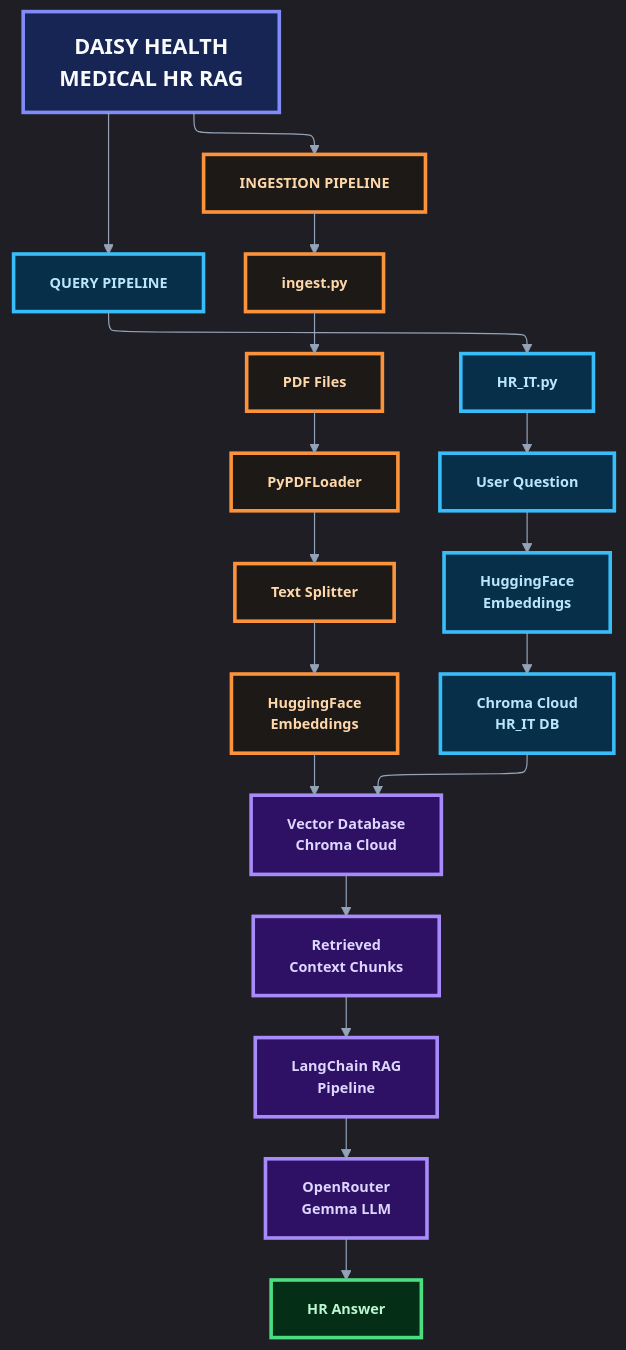
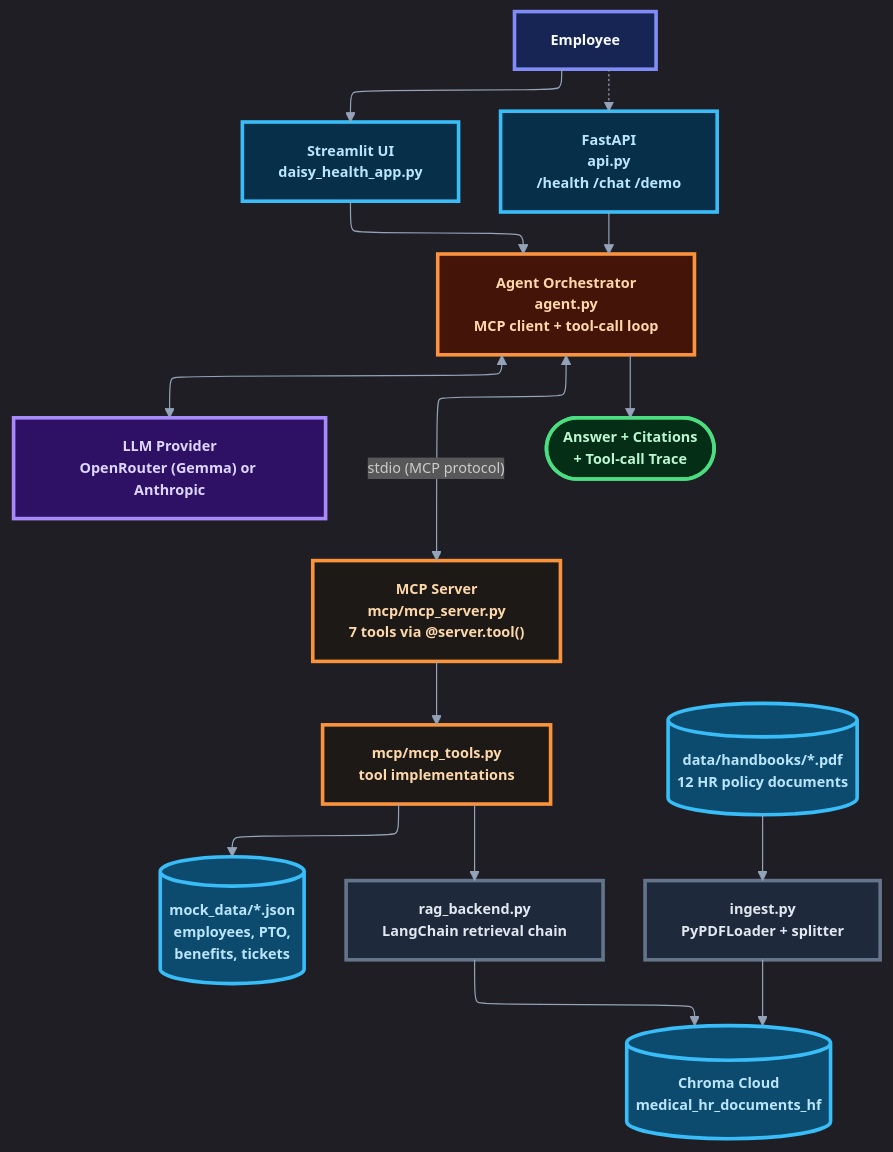
One commit to Alex-is-Gonzalez/Daisy_Health changed the first of 6 diagrams in README.MD. Above: the diagram before and after it, drawn with Mermaid. The commit also changed other lines of this file, not shown here.

First line of the commit message:
Update README to reflect agentic MCP architecture

````diff
--- a/README.MD
+++ b/README.MD
@@ -70,47 +62,52 @@
 ```mermaid
 ---
 config:
   layout: elk
   theme: dark
   themeVariables:
     background: "#0b1120"
     primaryColor: "#111827"
     primaryTextColor: "#f8fafc"
     primaryBorderColor: "#475569"
     lineColor: "#94a3b8"
     fontFamily: "Inter, ui-sans-serif, system-ui, sans-serif"
     fontSize: "12px"
 ---
 flowchart TB
-    A["DAISY HEALTH<br/>MEDICAL HR RAG"] --> B["INGESTION PIPELINE"] & C["QUERY PIPELINE"]
+    U["Employee"] --> UI["Streamlit UI<br/>daisy_health_app.py"]
+    U -.-> API["FastAPI<br/>api.py<br/>/health /chat /demo"]
 
-    B --> B1["ingest.py"]
-    B1 --> B2["PDF Files"]
-    B2 --> B3["PyPDFLoader"]
-    B3 --> B4["Text Splitter"]
-    B4 --> B5["HuggingFace<br/>Embeddings"]
+    UI --> AG["Agent Orchestrator<br/>agent.py<br/>MCP client + tool-call loop"]
+    API --> AG
 
-    C --> C1["HR_IT.py"]
-    C1 --> C2["User Question"]
-    C2 --> C3["HuggingFace<br/>Embeddings"]
-    C3 --> C4["Chroma Cloud<br/>HR_IT DB"]
+    AG <--> LLM["LLM Provider<br/>OpenRouter (Gemma) or Anthropic"]
+    AG <-- "stdio (MCP protocol)" --> MCP["MCP Server<br/>mcp/mcp_server.py<br/>7 tools via @server.tool()"]
 
-    B5 --> D["Vector Database<br/>Chroma Cloud"]
-    C4 --> D
-    D --> E["Retrieved<br/>Context Chunks"]
-    E --> F["LangChain RAG<br/>Pipeline"]
-    F --> G["OpenRouter<br/>Gemma LLM"]
-    G --> H["HR Answer"]
+    MCP --> TOOLS["mcp/mcp_tools.py<br/>tool implementations"]
+    TOOLS --> MOCK[("mock_data/*.json<br/>employees, PTO,<br/>benefits, tickets")]
+    TOOLS --> RAG["rag_backend.py<br/>LangChain retrieval chain"]
 
-    class A title
-    class B,B1,B2,B3,B4,B5 ingestion
-    class C,C1,C2,C3,C4 query
-    class D,E,F,G processing
-    class H output
+    RAG --> VDB[("Chroma Cloud<br/>medical_hr_documents_hf")]
+    ING["ingest.py<br/>PyPDFLoader + splitter"] --> VDB
+    PDF[("data/handbooks/*.pdf<br/>12 HR policy documents")] --> ING
 
-    classDef title fill:#172554,stroke:#818cf8,color:#f8fafc,stroke-width:3px,font-weight:bold,font-size:18px
-    classDef ingestion fill:#1c1917,stroke:#fb923c,color:#fed7aa,stroke-width:3px,font-weight:bold
-    classDef query fill:#082f49,stroke:#38bdf8,color:#bae6fd,stroke-width:3px,font-weight:bold
-    classDef processing fill:#2e1065,stroke:#a78bfa,color:#ddd6fe,stroke-width:3px,font-weight:bold
+    AG --> OUT(["Answer + Citations<br/>+ Tool-call Trace"])
+
+    class U actor
+    class UI,API surface
+    class AG orchestrator
+    class LLM llm
+    class MCP,TOOLS mcp
+    class MOCK,VDB,PDF data
+    class ING,RAG pipeline
+    class OUT output
+
+    classDef actor fill:#172554,stroke:#818cf8,color:#f8fafc,stroke-width:3px,font-weight:bold
+    classDef surface fill:#082f49,stroke:#38bdf8,color:#bae6fd,stroke-width:3px,font-weight:bold
+    classDef orchestrator fill:#431407,stroke:#fb923c,color:#fed7aa,stroke-width:3px,font-weight:bold
+    classDef llm fill:#2e1065,stroke:#a78bfa,color:#ddd6fe,stroke-width:3px,font-weight:bold
+    classDef mcp fill:#1c1917,stroke:#fb923c,color:#fed7aa,stroke-width:3px,font-weight:bold
+    classDef data fill:#0c4a6e,stroke:#38bdf8,color:#bae6fd,stroke-width:3px,font-weight:bold
+    classDef pipeline fill:#1e293b,stroke:#64748b,color:#e2e8f0,stroke-width:3px,font-weight:bold
     classDef output fill:#052e16,stroke:#4ade80,color:#bbf7d0,stroke-width:3px,font-weight:bold
 ```
````
